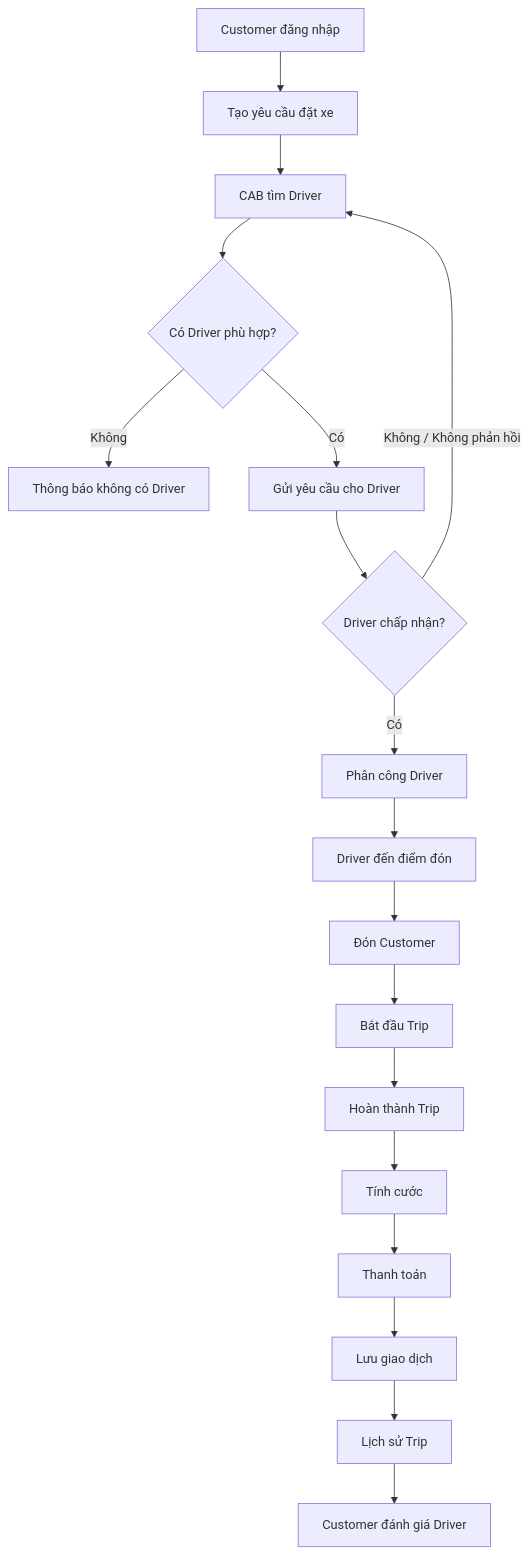
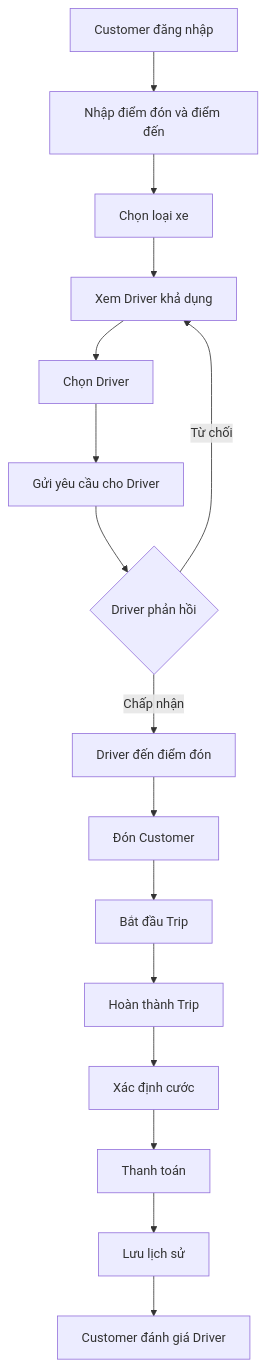
One commit to ntthuyvy0205-source/23662281_NguyenThiThuyVy_CABSYSTEM changed the second of 4 diagrams in SRS.md. Above: the diagram before and after it, drawn with Mermaid. The commit also changed other lines of this file, not shown here.

````diff
--- a/SRS.md
+++ b/SRS.md
@@ -472,27 +189,21 @@
 ```mermaid
 flowchart TD
-    A["Customer đăng nhập"] --> B["Tạo yêu cầu đặt xe"]
-    B --> C["CAB tìm Driver"]
+    A[Customer đăng nhập] --> B[Nhập điểm đón và điểm đến]
+    B --> C[Chọn loại xe]
+    C --> D[Xem Driver khả dụng]
+    D --> E[Chọn Driver]
+    E --> F[Gửi yêu cầu cho Driver]
 
-    C --> D{"Có Driver phù hợp?"}
+    F --> G{Driver phản hồi}
 
-    D -- "Không" --> E["Thông báo không có Driver"]
-    D -- "Có" --> F["Gửi yêu cầu cho Driver"]
+    G -->|Từ chối| D
+    G -->|Chấp nhận| H[Driver đến điểm đón]
 
-    F --> G{"Driver chấp nhận?"}
-
-    G -- "Không / Không phản hồi" --> C
-    G -- "Có" --> H["Phân công Driver"]
-
-    H --> I["Driver đến điểm đón"]
-    I --> J["Đón Customer"]
-    J --> K["Bắt đầu Trip"]
-    K --> L["Hoàn thành Trip"]
-
-    L --> M["Tính cước"]
-    M --> N["Thanh toán"]
-
-    N --> O["Lưu giao dịch"]
-    O --> P["Lịch sử Trip"]
-    P --> Q["Customer đánh giá Driver"]
+    H --> I[Đón Customer]
+    I --> J[Bắt đầu Trip]
+    J --> K[Hoàn thành Trip]
+    K --> L[Xác định cước]
+    L --> M[Thanh toán]
+    M --> N[Lưu lịch sử]
+    N --> O[Customer đánh giá Driver]
 ```
````
